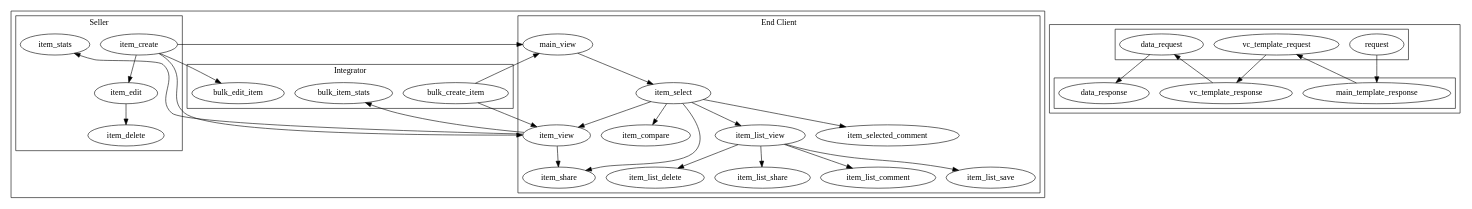
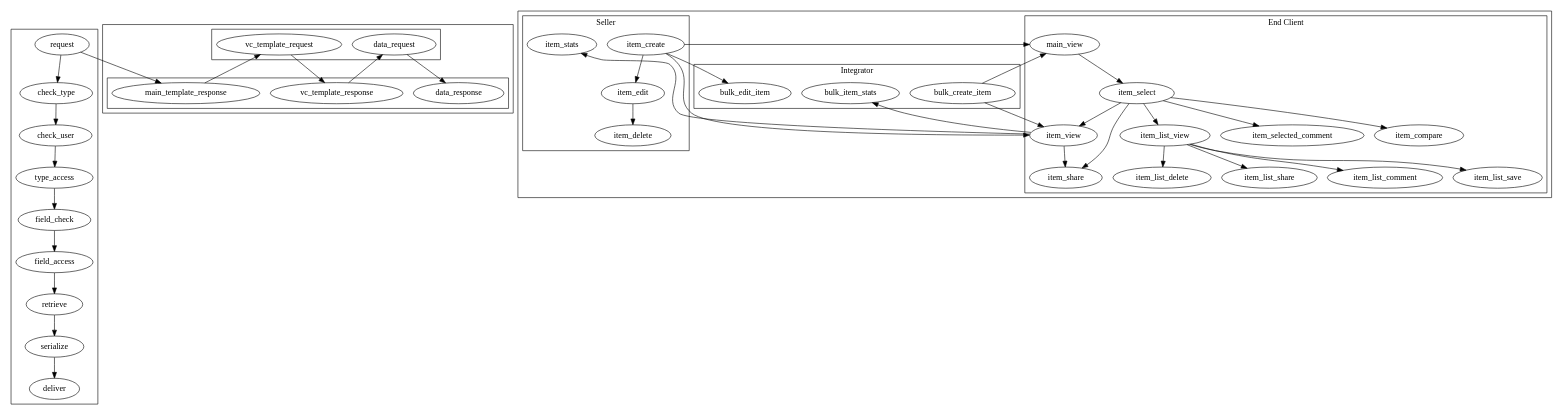
Before and after one commit to ndvo/learninggo: the diagram in estrutura.dot, drawn with Graphviz. The commit also changed 10 other files, not shown here.

```diff
--- a/estrutura.dot
+++ b/estrutura.dot
@@ -1,44 +1,48 @@
 digraph G{
+  subgraph cluster_workflow{
+    request->check_type->check_user->type_access->field_check->field_access->retrieve->serialize->deliver;
+   
+  }
   subgraph cluster_funcionalities{
     subgraph cluster_endclient{
       label="End Client"
         main_view->item_select->item_view
         item_select->item_compare
         item_select->item_share
         item_view->item_share
         item_select->item_list_view
         item_list_view->item_list_save
         item_list_view->item_list_delete
         item_list_view->item_list_share
         item_select->item_selected_comment
         item_list_view->item_list_comment
     }
     subgraph cluster_seller{
       label="Seller"
       item_create->item_edit->item_delete
       item_create->item_view
       item_create->main_view
       item_view->item_stats
     }
     subgraph cluster_integrator{
       label="Integrator"
         bulk_create_item->item_view
         bulk_create_item->main_view
         item_create->bulk_edit_item
         item_view->bulk_item_stats
     }
   }
   subgraph cluster_system_workflow{
     subgraph cluster_client{
       request
       vc_template_request
       data_request
     }
     subgraph cluster_server{
       main_template_response
       vc_template_response
       data_response
     }
     request->main_template_response->vc_template_request->vc_template_response->data_request->data_response
   }
 }
```
